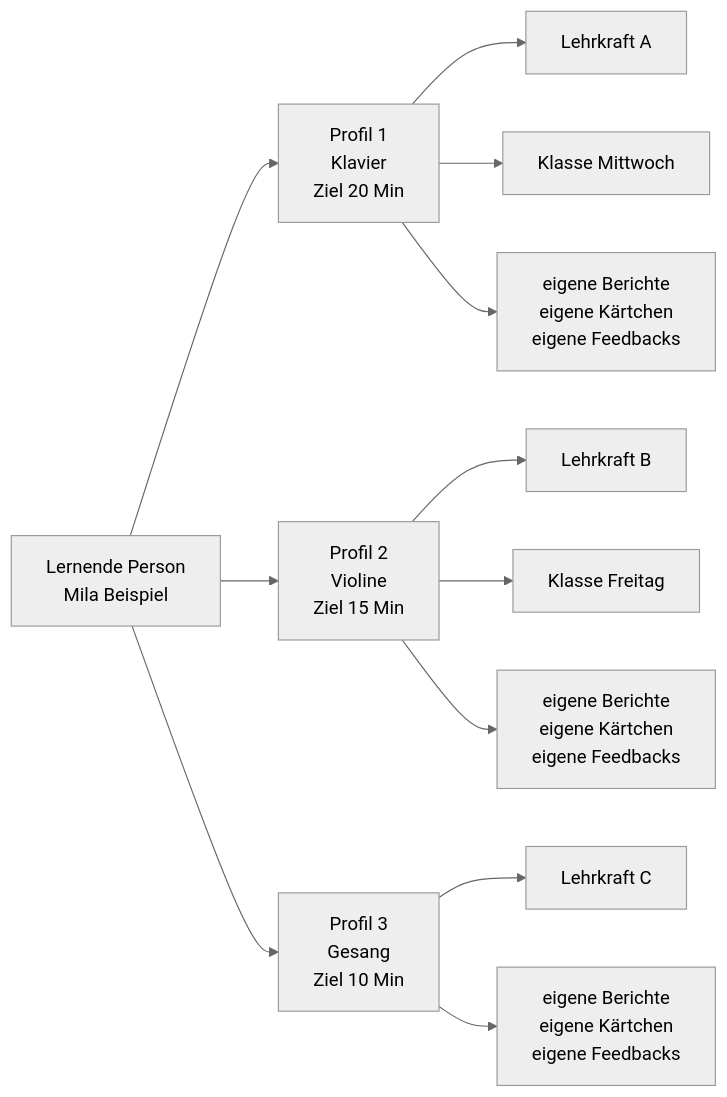
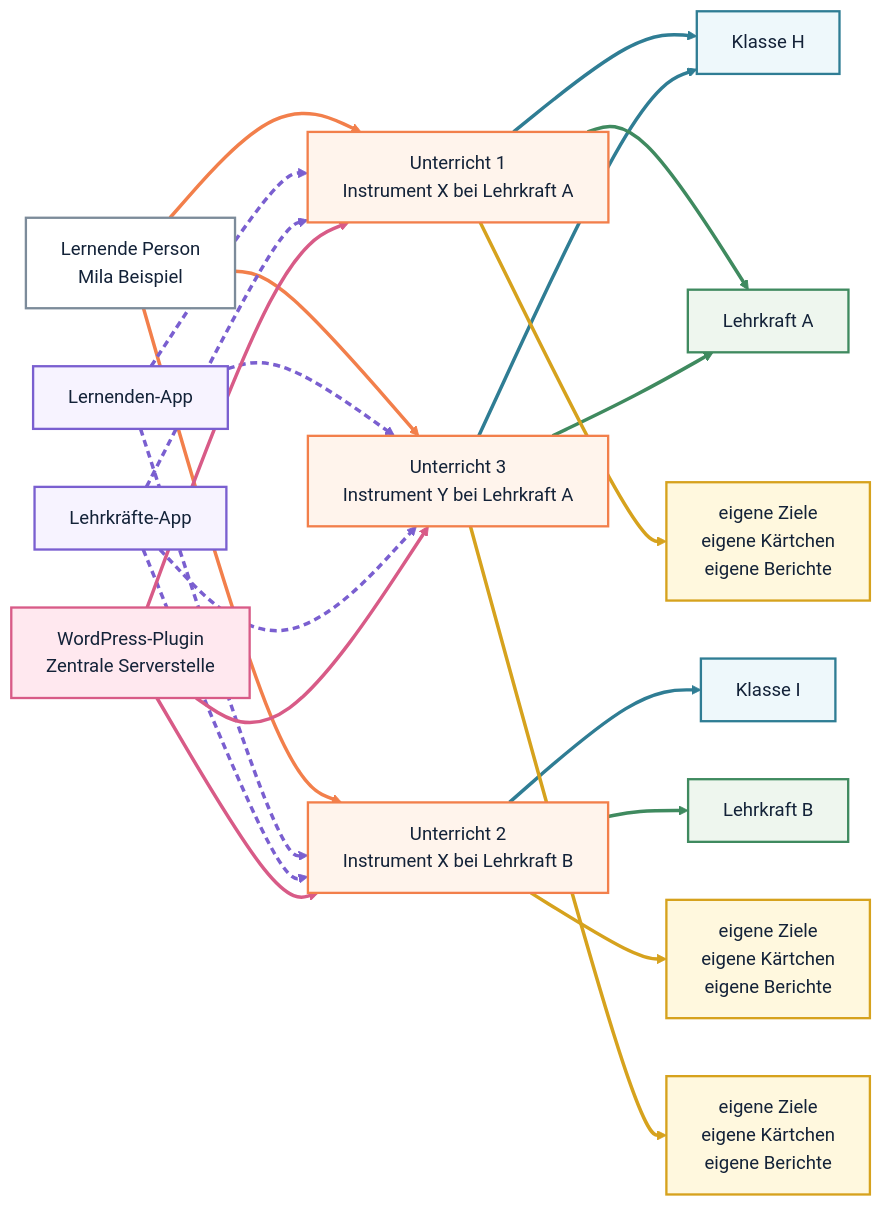
One commit to marsrakete/fleisstakt changed the second of 3 diagrams in README.md. Above: the diagram before and after it, drawn with Mermaid (neutral theme). The commit also changed other lines of this file and 13 other files, not shown here.

````diff
--- a/README.md
+++ b/README.md
@@ -72,17 +74,56 @@
 ```mermaid
 flowchart LR
-    L["Lernende Person<br/>Mila Beispiel"] --> P1["Profil 1<br/>Klavier<br/>Ziel 20 Min"]
-    L --> P2["Profil 2<br/>Violine<br/>Ziel 15 Min"]
-    L --> P3["Profil 3<br/>Gesang<br/>Ziel 10 Min"]
+    L["Lernende Person<br/>Mila Beispiel"]
 
-    P1 --> T1["Lehrkraft A"]
-    P2 --> T2["Lehrkraft B"]
-    P3 --> T3["Lehrkraft C"]
+    L --> U1["Unterricht 1<br/>Instrument X bei Lehrkraft A"]
+    L --> U2["Unterricht 2<br/>Instrument X bei Lehrkraft B"]
+    L --> U3["Unterricht 3<br/>Instrument Y bei Lehrkraft A"]
 
-    P1 --> C1["Klasse Mittwoch"]
-    P2 --> C2["Klasse Freitag"]
+    U1 --> K1["Klasse H"]
+    U2 --> K2["Klasse I"]
+    U3 --> K1
 
-    P1 --> S1["eigene Berichte<br/>eigene Kärtchen<br/>eigene Feedbacks"]
-    P2 --> S2["eigene Berichte<br/>eigene Kärtchen<br/>eigene Feedbacks"]
-    P3 --> S3["eigene Berichte<br/>eigene Kärtchen<br/>eigene Feedbacks"]
+    U1 --> T1["Lehrkraft A"]
+    U2 --> T2["Lehrkraft B"]
+    U3 --> T1
+
+    U1 --> D1["eigene Ziele<br/>eigene Kärtchen<br/>eigene Berichte"]
+    U2 --> D2["eigene Ziele<br/>eigene Kärtchen<br/>eigene Berichte"]
+    U3 --> D3["eigene Ziele<br/>eigene Kärtchen<br/>eigene Berichte"]
+
+    A1["Lernenden-App"] --> U1
+    A1 --> U2
+    A1 --> U3
+
+    A2["Lehrkräfte-App"] --> U1
+    A2 --> U2
+    A2 --> U3
+
+    WP["WordPress-Plugin<br/>Zentrale Serverstelle"] --> U1
+    WP --> U2
+    WP --> U3
+
+    classDef person fill:#ffffff,stroke:#7c8b9a,stroke-width:2px,color:#132238;
+    classDef lesson fill:#fff4ec,stroke:#f27f4b,stroke-width:2px,color:#132238;
+    classDef klass fill:#eef8fb,stroke:#2f7d94,stroke-width:2px,color:#132238;
+    classDef teacher fill:#eef6ee,stroke:#3f8a5f,stroke-width:2px,color:#132238;
+    classDef data fill:#fff8de,stroke:#d6a21d,stroke-width:2px,color:#132238;
+    classDef app fill:#f7f3ff,stroke:#7a5fd0,stroke-width:2px,color:#132238;
+    classDef plugin fill:#ffe8ef,stroke:#d85b87,stroke-width:2px,color:#132238;
+
+    class L person;
+    class U1,U2,U3 lesson;
+    class K1,K2 klass;
+    class T1,T2 teacher;
+    class D1,D2,D3 data;
+    class A1,A2 app;
+    class WP plugin;
+
+    linkStyle 0,1,2 stroke:#f27f4b,stroke-width:3px;
+    linkStyle 3,4,5 stroke:#2f7d94,stroke-width:3px;
+    linkStyle 6,7,8 stroke:#3f8a5f,stroke-width:3px;
+    linkStyle 9,10,11 stroke:#d6a21d,stroke-width:3px;
+    linkStyle 12,13,14 stroke:#7a5fd0,stroke-width:3px,stroke-dasharray: 6 4;
+    linkStyle 15,16,17 stroke:#7a5fd0,stroke-width:3px,stroke-dasharray: 6 4;
+    linkStyle 18,19,20 stroke:#d85b87,stroke-width:3px;
 ```
````
